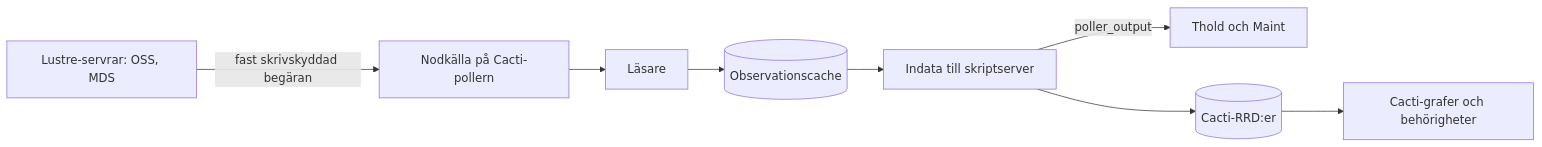
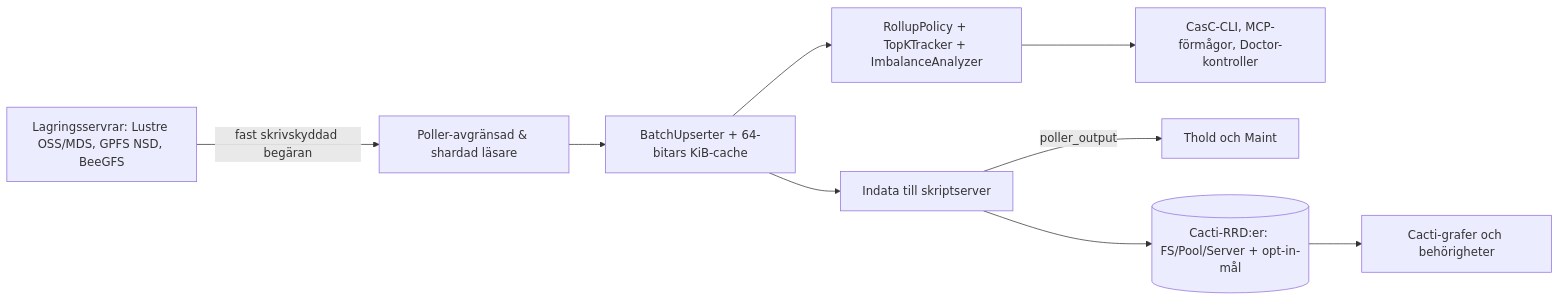
The diagram in docs/i18n/sv-SE/README.md (somethingwithproof/plugin_pfs), drawn with Mermaid before and after one commit. The commit also changed other lines of this file and 47 other files, not shown here.

````diff
--- a/docs/i18n/sv-SE/README.md
+++ b/docs/i18n/sv-SE/README.md
@@ -64,10 +72,11 @@
 ```mermaid
 flowchart LR
-    N[Lustre-servrar: OSS, MDS] -->|fast skrivskyddad begäran| S[Nodkälla på Cacti-pollern]
-    S --> R[Läsare]
-    R --> C[(Observationscache)]
-    C --> SS[Indata till skriptserver]
-    SS -->|poller_output| T[Thold och Maint]
-    SS --> RRD[(Cacti-RRD:er)]
-    RRD --> G[Cacti-grafer och behörigheter]
+    N["Lagringsservrar: Lustre OSS/MDS, GPFS NSD, BeeGFS"] -->|fast skrivskyddad begäran| S["Poller-avgränsad & shardad läsare"]
+    S --> B["BatchUpserter + 64-bitars KiB-cache"]
+    B --> R["RollupPolicy + TopKTracker + ImbalanceAnalyzer"]
+    B --> SS["Indata till skriptserver"]
+    R --> ECO["CasC-CLI, MCP-förmågor, Doctor-kontroller"]
+    SS -->|poller_output| T["Thold och Maint"]
+    SS --> RRD[("Cacti-RRD:er: FS/Pool/Server + opt-in-mål")]
+    RRD --> G["Cacti-grafer och behörigheter"]
 ```
````
